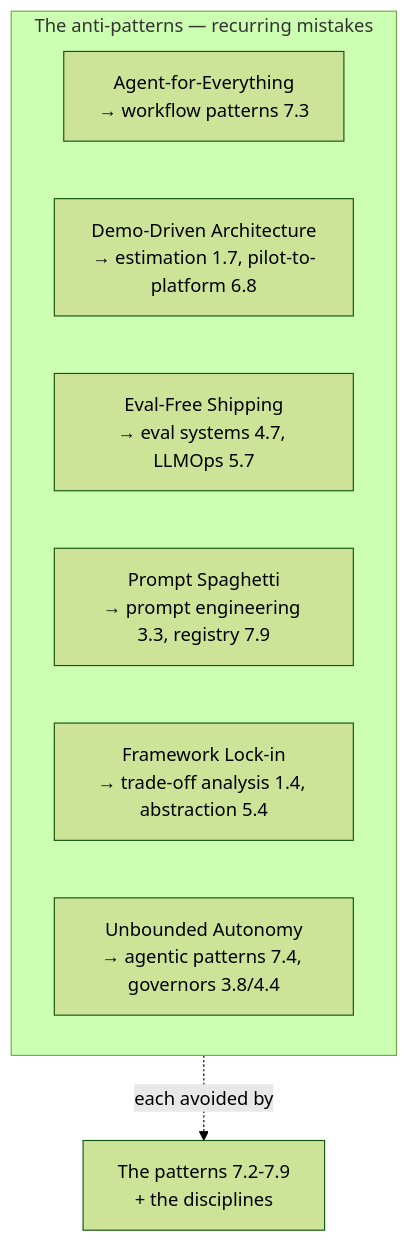
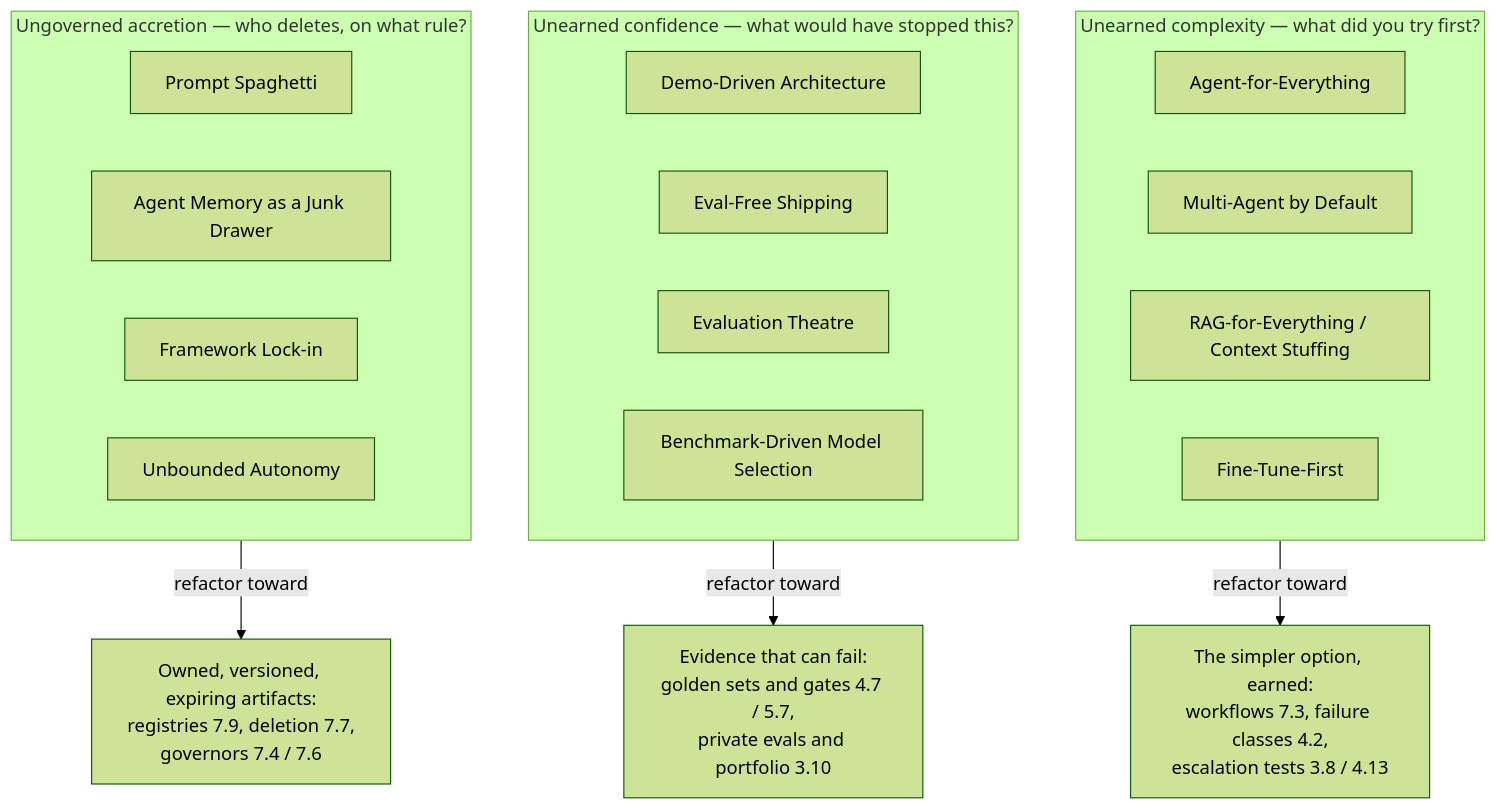
The diagram in curriculum/part-7-enterprise-ai-architecture-patterns/chapter-10-anti-patterns.md (sivakrushna-works/GSAC), drawn with Mermaid (forest theme) before and after one commit. The commit also changed other lines of this file and 11 other files, not shown here.

````diff
--- a/curriculum/part-7-enterprise-ai-architecture-patterns/chapter-10-anti-patterns.md
+++ b/curriculum/part-7-enterprise-ai-architecture-patterns/chapter-10-anti-patterns.md
@@ -88,12 +158,24 @@
 ```mermaid
 flowchart TD
-    subgraph ANTIPATTERNS [The anti-patterns — recurring mistakes]
-        AGENT[Agent-for-Everything<br/>→ workflow patterns 7.3]
-        DEMO[Demo-Driven Architecture<br/>→ estimation 1.7, pilot-to-platform 6.8]
-        EVALFREE[Eval-Free Shipping<br/>→ eval systems 4.7, LLMOps 5.7]
-        SPAGHETTI[Prompt Spaghetti<br/>→ prompt engineering 3.3, registry 7.9]
-        LOCKIN[Framework Lock-in<br/>→ trade-off analysis 1.4, abstraction 5.4]
-        UNBOUNDED[Unbounded Autonomy<br/>→ agentic patterns 7.4, governors 3.8/4.4]
+    subgraph F1 [Unearned complexity — what did you try first?]
+        A1[Agent-for-Everything]
+        A2[Multi-Agent by Default]
+        A3[RAG-for-Everything / Context Stuffing]
+        A4[Fine-Tune-First]
     end
-    ANTIPATTERNS -.each avoided by.-> PATTERNS[The patterns 7.2-7.9<br/>+ the disciplines]
+    subgraph F2 [Unearned confidence — what would have stopped this?]
+        B1[Demo-Driven Architecture]
+        B2[Eval-Free Shipping]
+        B3[Evaluation Theatre]
+        B4[Benchmark-Driven Model Selection]
+    end
+    subgraph F3 [Ungoverned accretion — who deletes, on what rule?]
+        C1[Prompt Spaghetti]
+        C2[Agent Memory as a Junk Drawer]
+        C3[Framework Lock-in]
+        C4[Unbounded Autonomy]
+    end
+    F1 -->|refactor toward| R1[The simpler option, earned:<br/>workflows 7.3, failure classes 4.2,<br/>escalation tests 3.8 / 4.13]
+    F2 -->|refactor toward| R2[Evidence that can fail:<br/>golden sets and gates 4.7 / 5.7,<br/>private evals and portfolio 3.10]
+    F3 -->|refactor toward| R3[Owned, versioned, expiring artifacts:<br/>registries 7.9, deletion 7.7,<br/>governors 7.4 / 7.6]
 ```
````
